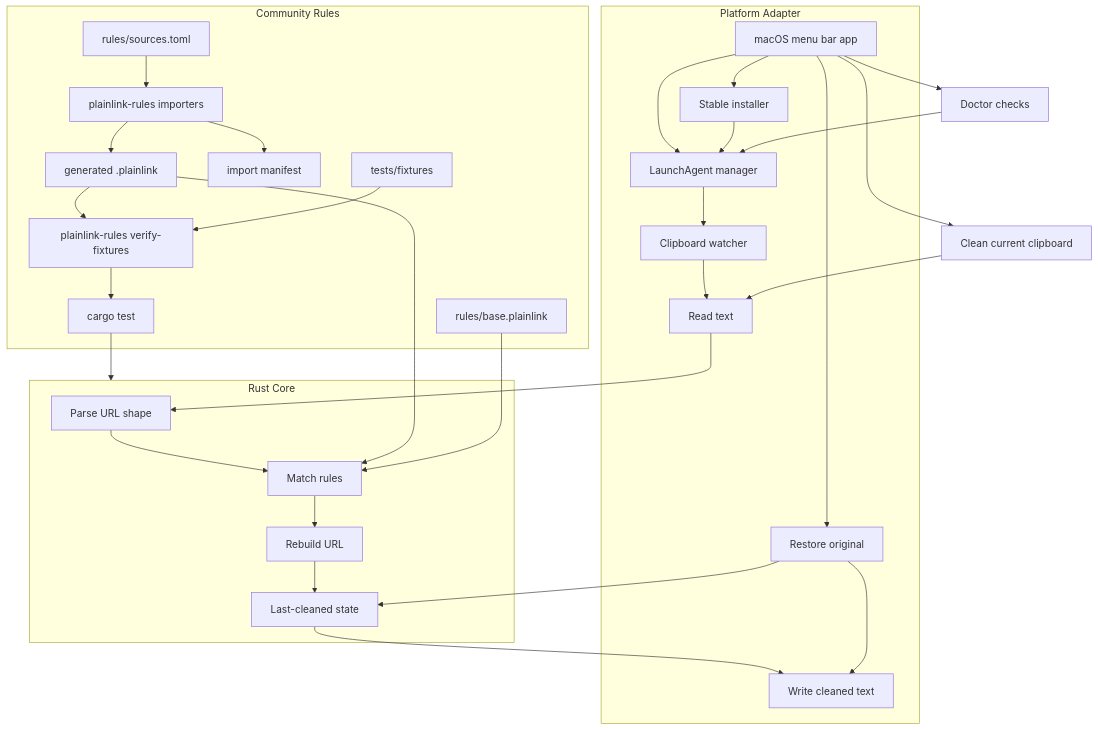
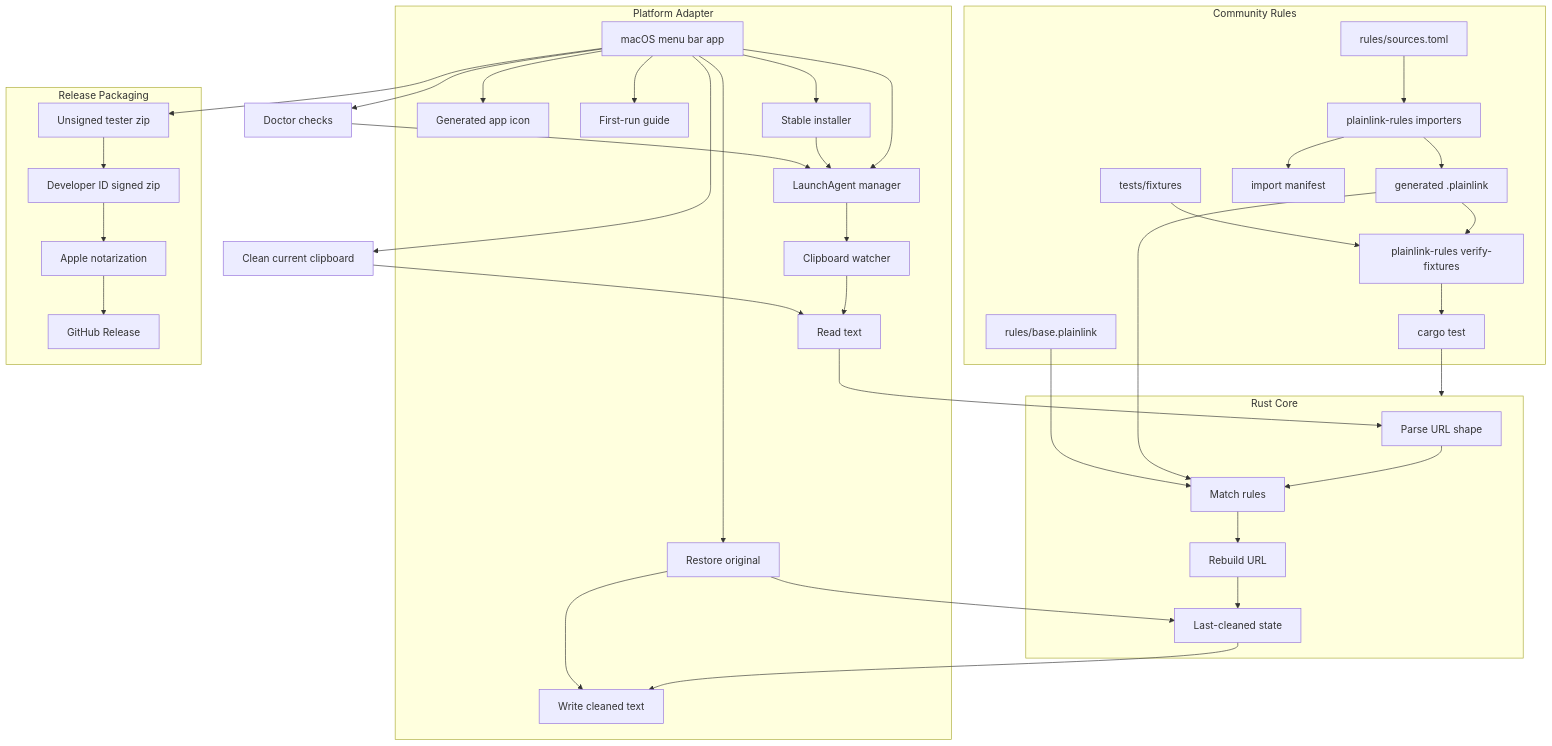
One commit to HexCodeYT/PlainLink changed the first of 3 diagrams in docs/ARCHITECTURE.md. Above: the diagram before and after it, drawn with Mermaid. The commit also changed other lines of this file and 9 other files, not shown here.

````diff
--- a/docs/ARCHITECTURE.md
+++ b/docs/ARCHITECTURE.md
@@ -5,52 +5,67 @@
 ```mermaid
 flowchart TB
     subgraph Platform["Platform Adapter"]
         Menu["macOS menu bar app"]
+        Icon["Generated app icon"]
+        FirstRun["First-run guide"]
         Install["Stable installer"]
         Agent["LaunchAgent manager"]
         Watch["Clipboard watcher"]
         Read["Read text"]
         Write["Write cleaned text"]
         Restore["Restore original"]
     end
 
     subgraph Core["Rust Core"]
         Parse["Parse URL shape"]
         Match["Match rules"]
         Rebuild["Rebuild URL"]
         State["Last-cleaned state"]
     end
 
     subgraph Community["Community Rules"]
         Base["rules/base.plainlink"]
         Sources["rules/sources.toml"]
         Importers["plainlink-rules importers"]
         Generated["generated .plainlink"]
         Manifest["import manifest"]
         Fixtures["tests/fixtures"]
         Gate["plainlink-rules verify-fixtures"]
         Tests["cargo test"]
     end
 
+    subgraph Release["Release Packaging"]
+        Unsigned["Unsigned tester zip"]
+        Signed["Developer ID signed zip"]
+        Notary["Apple notarization"]
+        GitHub["GitHub Release"]
+    end
+
+    Menu --> Icon
+    Menu --> FirstRun
     Menu --> Install
     Menu --> Agent
     Menu --> Restore
     Menu --> Doctor["Doctor checks"]
     Menu --> OneShot["Clean current clipboard"]
     Install --> Agent
     Agent --> Watch
     Watch --> Read --> Parse --> Match --> Rebuild --> State --> Write
     OneShot --> Read
     Restore --> State
     Restore --> Write
     Doctor --> Agent
     Sources --> Importers
     Importers --> Generated
     Importers --> Manifest
     Generated --> Gate
     Generated --> Match
     Base --> Match
     Fixtures --> Gate
     Gate --> Tests
     Tests --> Core
+    Menu --> Unsigned
+    Unsigned --> Signed
+    Signed --> Notary
+    Notary --> GitHub
 ```
````
